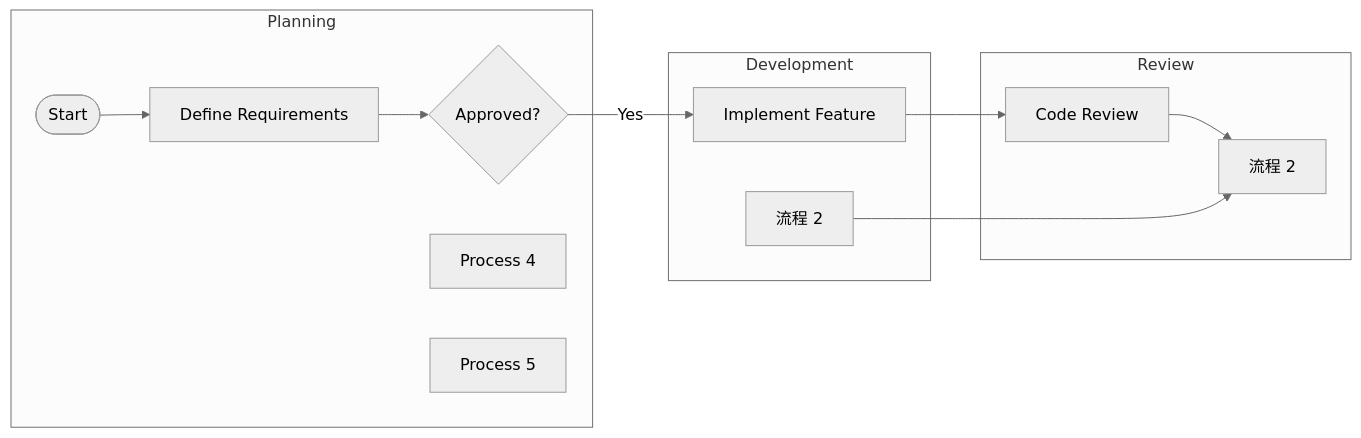
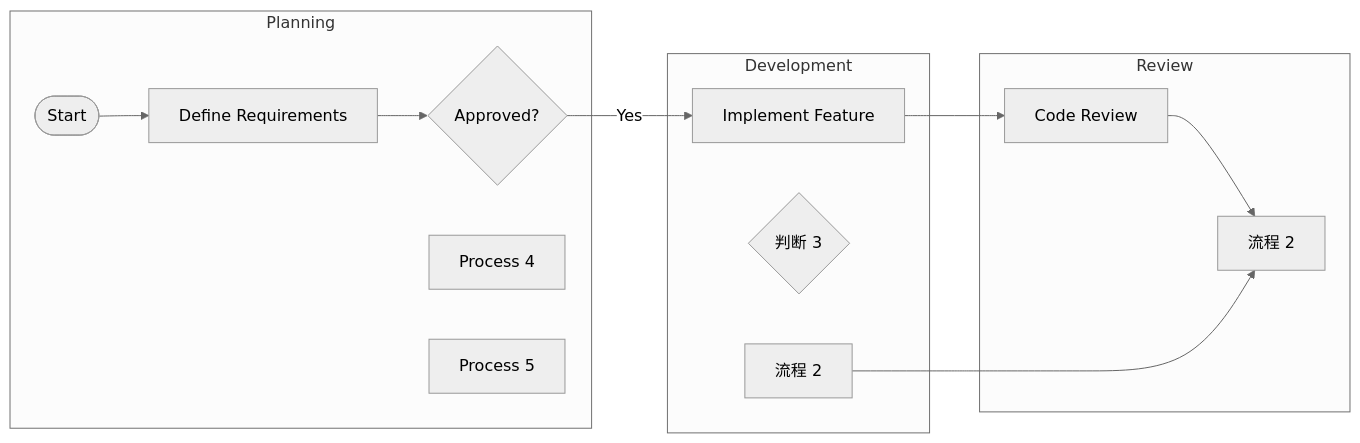
The diagram in mmd/12323_41681640-9752-48cb-9907-d6624d5d20d0.mmd (pingpm/mermaid_vault), drawn with Mermaid (neutral theme) before and after one commit. The commit also changed 3 other files, not shown here.

Commit message:
Sync Mermaid Studio data (15 diagrams)

```diff
--- a/mmd/12323_41681640-9752-48cb-9907-d6624d5d20d0.mmd
+++ b/mmd/12323_41681640-9752-48cb-9907-d6624d5d20d0.mmd
@@ -1,22 +1,23 @@
 flowchart LR
   subgraph lane_0["Planning"]
     t_0{"Approved?"}
     t_1(["Start"])
     t_2["Define Requirements"]
     t_3["Process 4"]
     t_4["Process 5"]
   end
   subgraph lane_1["Development"]
     t_5["Implement Feature"]
-    t_6["流程 2"]
+    t_6{"判断 3"}
+    t_7["流程 2"]
   end
   subgraph lane_2["Review"]
-    t_7["Code Review"]
-    t_8["流程 2"]
+    t_8["Code Review"]
+    t_9["流程 2"]
   end
   t_1 --> t_2
   t_2 --> t_0
   t_0 -->|"Yes"| t_5
-  t_5 --> t_7
-  t_7 --> t_8
-  t_6 --> t_8
+  t_5 --> t_8
+  t_8 --> t_9
+  t_7 --> t_9
```
